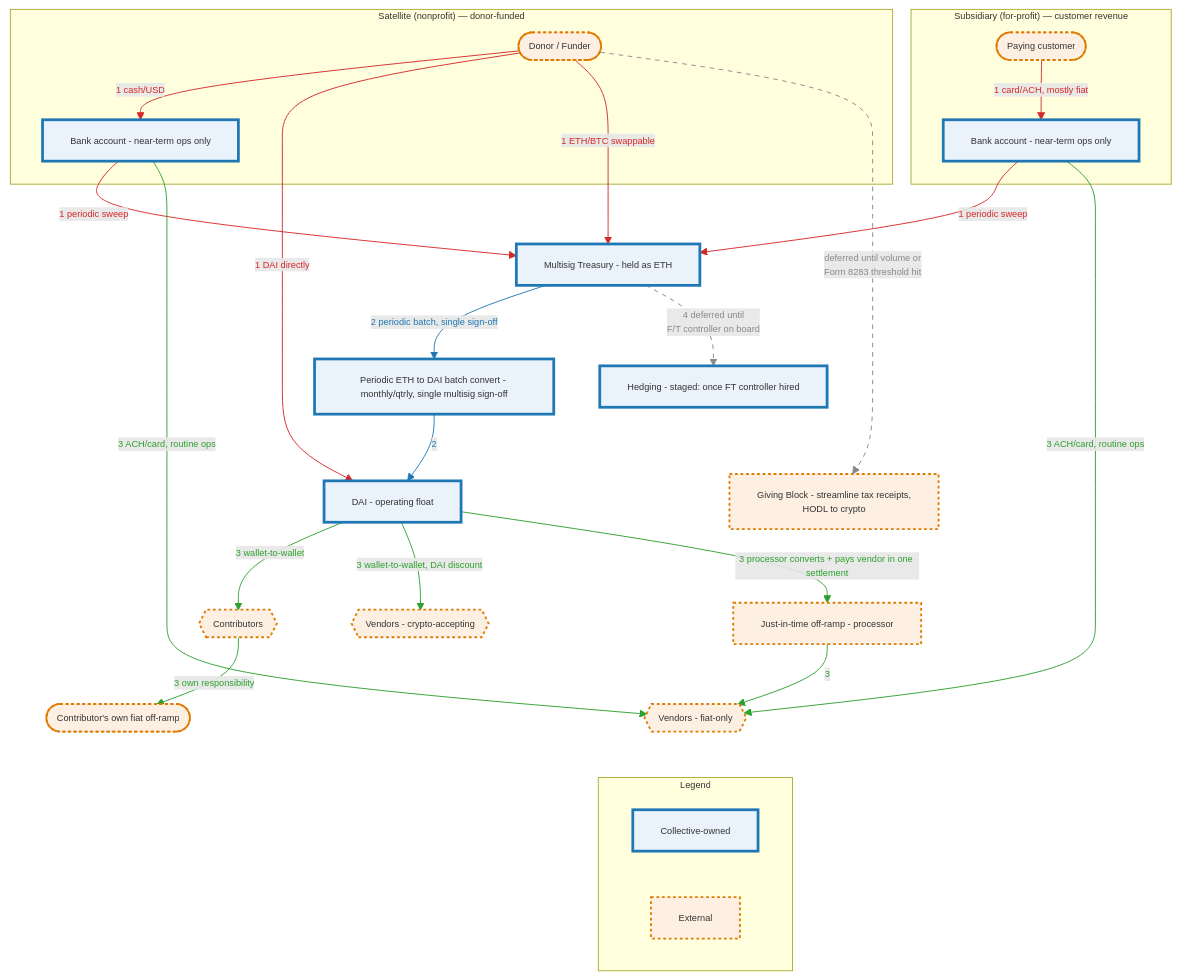
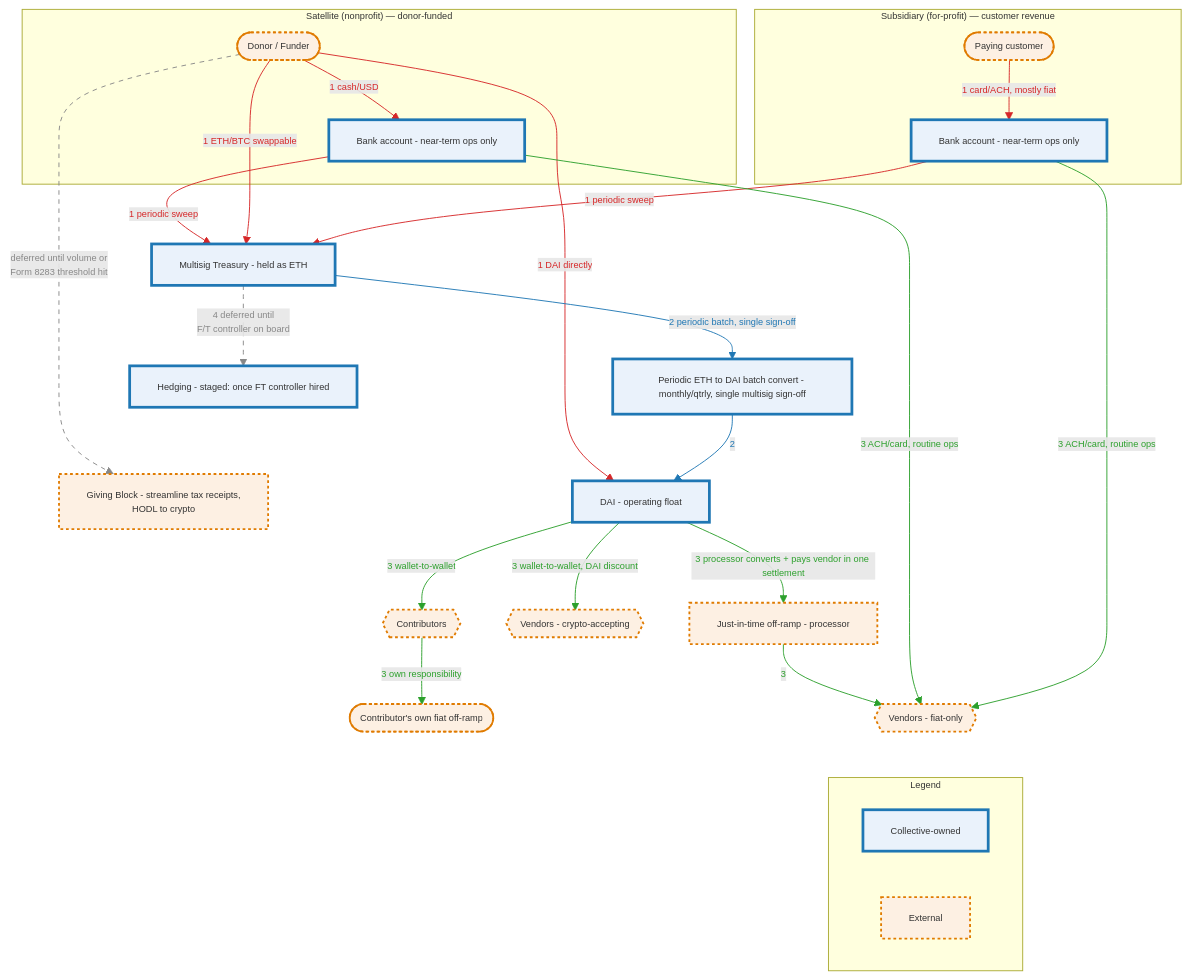
One commit to doikayt/admin changed the third of 4 diagrams in governance/commons-hub-pattern.md. Above: the diagram before and after it, drawn with Mermaid.

Commit message:
docs: try redundant invisible edge to pull Donor/SatBank into alignment
Low-confidence attempt at the remaining horizontal spread in the
Satellite box - Donor and SatBank aren't stacking cleanly because
Donor's other real edges (to Treasury, DAIFloat, DonationProcessor)
pull its x-position toward the diagram's center. A redundant
invisible edge on top of the real Donor->SatBank connection
sometimes strengthens dagre's alignment pull between two nodes, but
this isn't guaranteed - needs a screenshot to confirm either way.

````diff
--- a/governance/commons-hub-pattern.md
+++ b/governance/commons-hub-pattern.md
@@ -880,67 +880,68 @@
 ```mermaid
 %%{init: {"themeVariables": {"fontSize": "10px"}}}%%
 flowchart TD
     subgraph SAT["Satellite (nonprofit) — donor-funded"]
         Donor([Donor / Funder])
         SatBank[Bank account - near-term ops only]
     end
 
     subgraph SUB["Subsidiary (for-profit) — customer revenue"]
         Customer([Paying customer])
         SubBank[Bank account - near-term ops only]
     end
 
     DonationProcessor[Giving Block - streamline tax receipts,<br/>HODL to crypto]
     Treasury[Multisig Treasury - held as ETH]
     BatchConvert[Periodic ETH to DAI batch convert - monthly/qtrly, single multisig sign-off]
     DAIFloat[DAI - operating float]
     Contributors{{Contributors}}
     ContribOfframp([Contributor's own fiat off-ramp])
     VendorsCrypto{{Vendors - crypto-accepting}}
     OffRampJIT[Just-in-time off-ramp - processor]
     VendorsFiat{{Vendors - fiat-only}}
     Hedge[Hedging - staged: once FT controller hired]
 
     subgraph LEGEND["Legend"]
         L1[Collective-owned]
         L2[External]
     end
 
     Donor -- "1 cash/USD" --> SatBank
     SatBank -- "1 periodic sweep" --> Treasury
     Donor -- "1 DAI directly" --> DAIFloat
     Donor -- "1 ETH/BTC swappable" --> Treasury
     Customer -- "1 card/ACH, mostly fiat" --> SubBank
     SubBank -- "1 periodic sweep" --> Treasury
 
     Donor -.->|"deferred until volume or<br/>Form 8283 threshold hit"| DonationProcessor
 
     Treasury -- "2 periodic batch, single sign-off" --> BatchConvert
     BatchConvert -- "2" --> DAIFloat
 
     DAIFloat -- "3 wallet-to-wallet" --> Contributors
     Contributors -- "3 own responsibility" --> ContribOfframp
     DAIFloat -- "3 wallet-to-wallet, DAI discount" --> VendorsCrypto
     DAIFloat -- "3 processor converts + pays vendor in one settlement" --> OffRampJIT
     OffRampJIT -- "3" --> VendorsFiat
     SatBank -- "3 ACH/card, routine ops" --> VendorsFiat
     SubBank -- "3 ACH/card, routine ops" --> VendorsFiat
 
     Treasury -.->|"4 deferred until<br/>F/T controller on board"| Hedge
 
     Hedge ~~~ DonationProcessor
+    Donor ~~~ SatBank
     VendorsFiat ~~~ LEGEND
 
     linkStyle 0,1,2,3,4,5 stroke:#d62728,color:#d62728
     linkStyle 7,8 stroke:#1f77b4,color:#1f77b4
     linkStyle 9,10,11,12,13,14,15 stroke:#2ca02c,color:#2ca02c
     linkStyle 6,16 stroke:#888888,color:#888888,stroke-dasharray: 5 5
 
     classDef owned fill:#eaf2fb,stroke:#1f77b4,stroke-width:3px
     classDef external fill:#fdf0e3,stroke:#e07b00,stroke-width:2px,stroke-dasharray:3 3
     class L1 owned
     class L2 external
     class Treasury,SatBank,SubBank,BatchConvert,DAIFloat,Hedge owned
     class Donor,DonationProcessor,Customer,Contributors,ContribOfframp external
     class VendorsCrypto,OffRampJIT,VendorsFiat external
 ```
````
